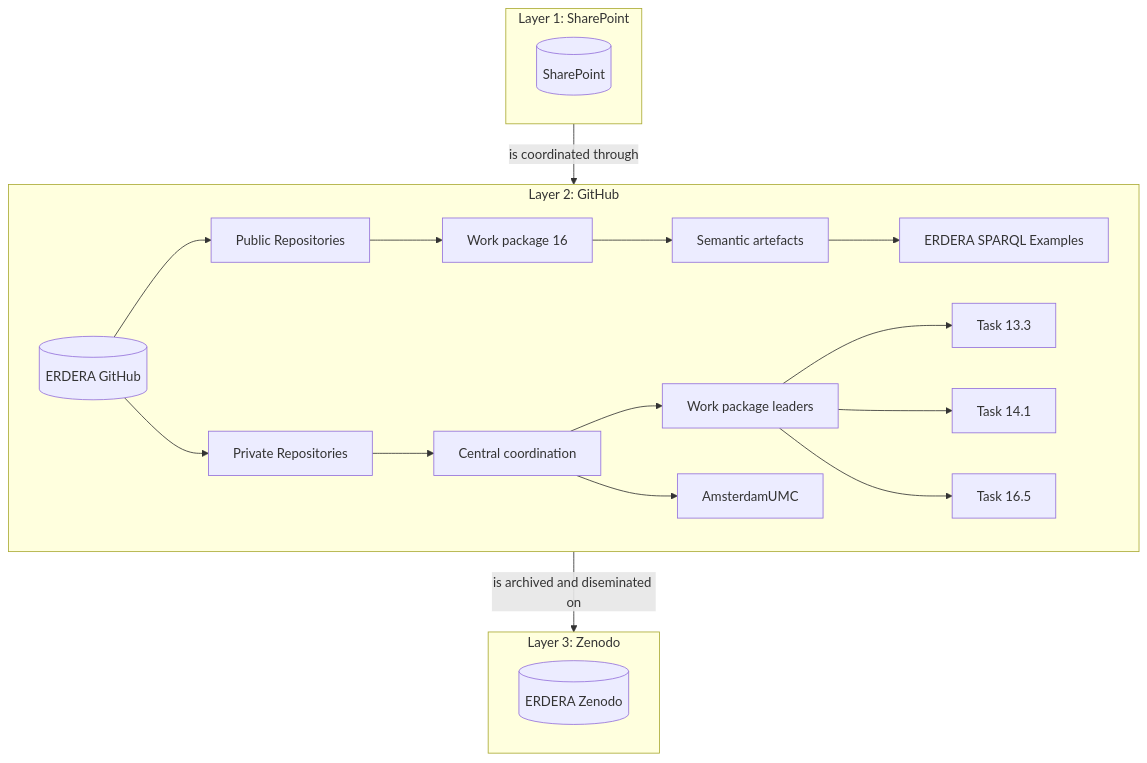
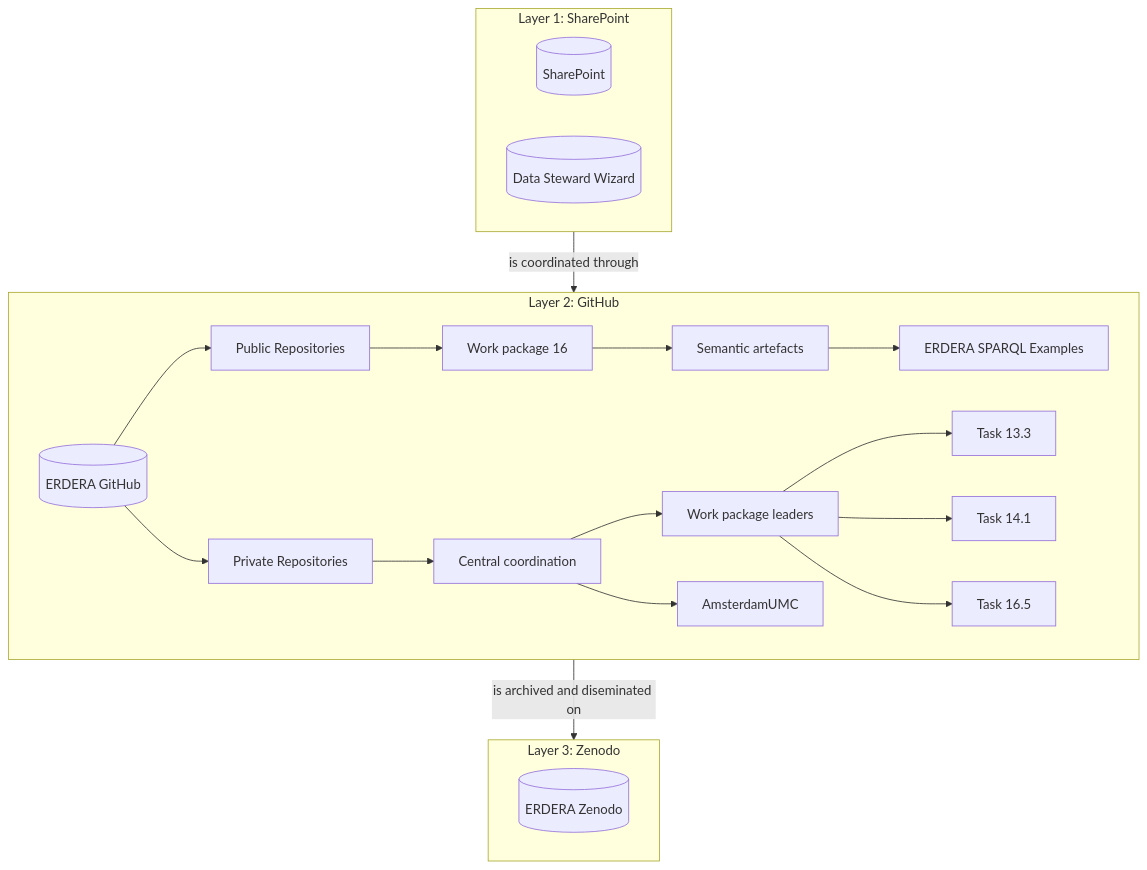
The diagram in README.md (ERDERA/REPO-central-coordination), drawn with Mermaid before and after one commit.

````diff
--- a/README.md
+++ b/README.md
@@ -62,32 +62,33 @@
 ```mermaid
 graph TD
     subgraph ClusterA [Layer 1: SharePoint]
         SP[(SharePoint)]
+        DSW[(Data Steward Wizard)]
     end
 
     subgraph ClusterB [Layer 2: GitHub]
     direction LR
         EGH[(ERDERA GitHub)] --> PrivR[Private Repositories]
         EGH --> PubR[Public Repositories]  
         PubR --> WP16[Work package 16]
         WP16 --> SE[Semantic artefacts]
         SE --> SPARQLEX[ERDERA SPARQL Examples]
         PrivR --> CC[Central coordination]
         CC --> WPL[Work package leaders]
         CC --> AMC[AmsterdamUMC]
         WPL --> 13.3[Task 13.3]
         WPL --> 14.1[Task 14.1]
         WPL --> 16.5[Task 16.5]
     end
 
     subgraph ClusterC [Layer 3: Zenodo]
         EZD[(ERDERA Zenodo)]
     end
     
     ClusterA --> |is coordinated through| ClusterB
     ClusterB --> |is archived and diseminated on| ClusterC
 
 
 
 
 ```
````
